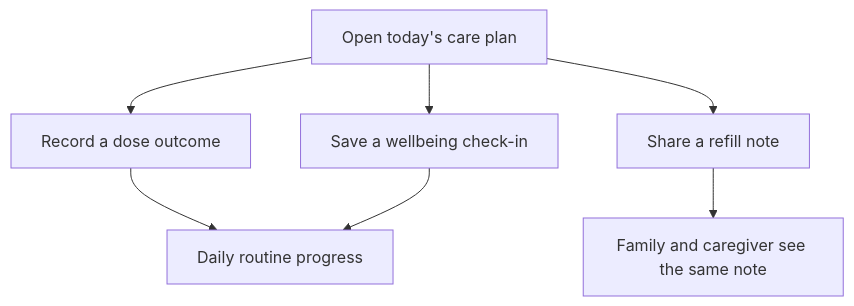
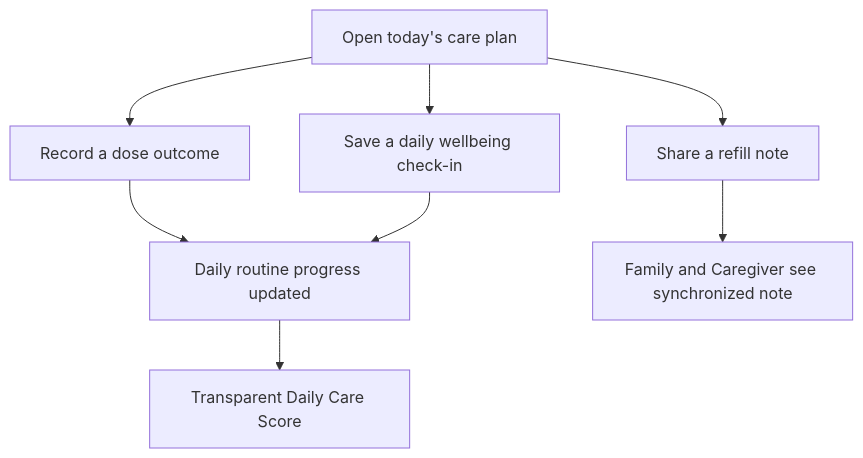
Before and after one commit to NateshKannaR/Careverse: the second of 3 diagrams in README.md, drawn with Mermaid. The commit also changed other lines of this file and 9 other files, not shown here.

````diff
--- a/README.md
+++ b/README.md
@@ -7,9 +180,10 @@
 ```mermaid
 flowchart TD
     Plan["Open today's care plan"] --> Dose["Record a dose outcome"]
-    Plan --> Mood["Save a wellbeing check-in"]
+    Plan --> Mood["Save a daily wellbeing check-in"]
     Plan --> Refill["Share a refill note"]
-    Dose --> Routine["Daily routine progress"]
+    Dose --> Routine["Daily routine progress updated"]
     Mood --> Routine
-    Refill --> Handoff["Family and caregiver see the same note"]
+    Refill --> Handoff["Family and Caregiver see synchronized note"]
+    Routine --> Score["Transparent Daily Care Score"]
 ```
````
